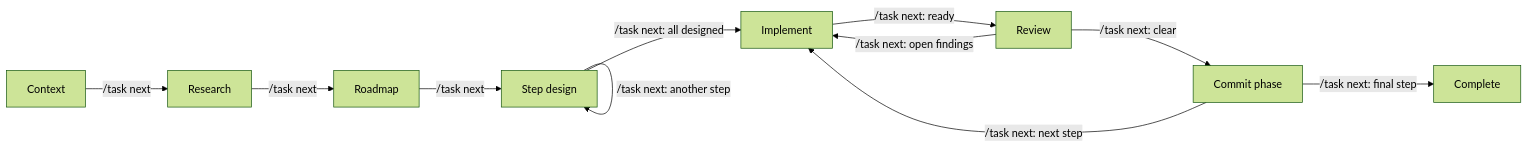
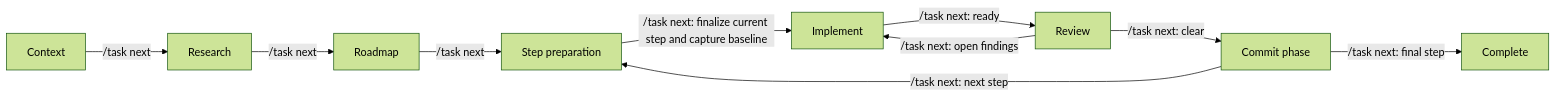
One commit to vladimir-popov/dotfiles changed the diagram in .pi/agent/extensions/task-workflow/README.md. Above: the diagram before and after it, drawn with Mermaid (forest theme). The commit also changed other lines of this file and 1 other file, not shown here.

First line of the commit message:
Streamline task planning and harden workflow transitions

````diff
--- a/.pi/agent/extensions/task-workflow/README.md
+++ b/.pi/agent/extensions/task-workflow/README.md
@@ -11,13 +11,12 @@
 ```mermaid
 flowchart LR
     A["Context"] -->|/task next| B["Research"]
     B -->|/task next| C["Roadmap"]
-    C -->|/task next| D["Step design"]
-    D -->|/task next: another step| D
-    D -->|/task next: all designed| E["Implement"]
+    C -->|/task next| D["Step preparation"]
+    D -->|/task next: finalize current step and capture baseline| E["Implement"]
     E -->|/task next: ready| F["Review"]
     F -->|/task next: open findings| E
     F -->|/task next: clear| G["Commit phase"]
-    G -->|/task next: next step| E
+    G -->|/task next: next step| D
     G -->|/task next: final step| H["Complete"]
 ```
````
